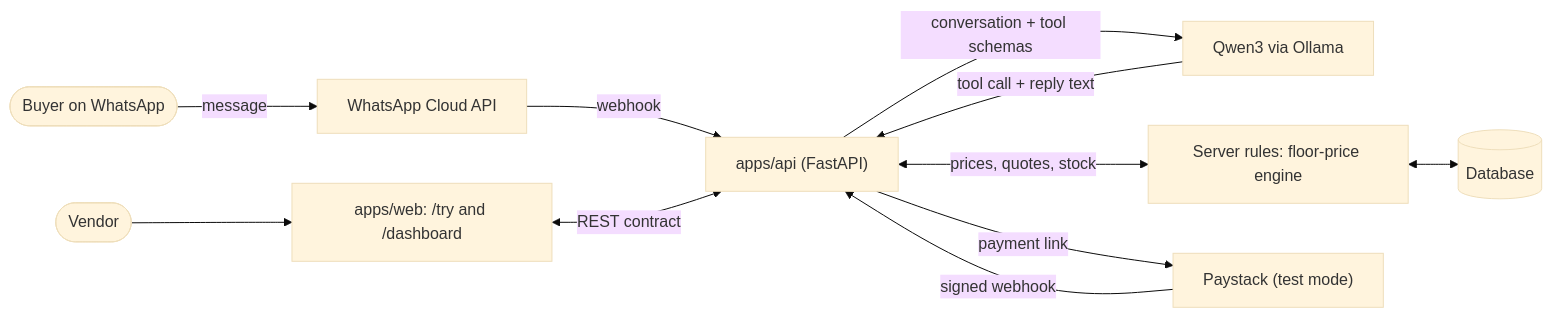
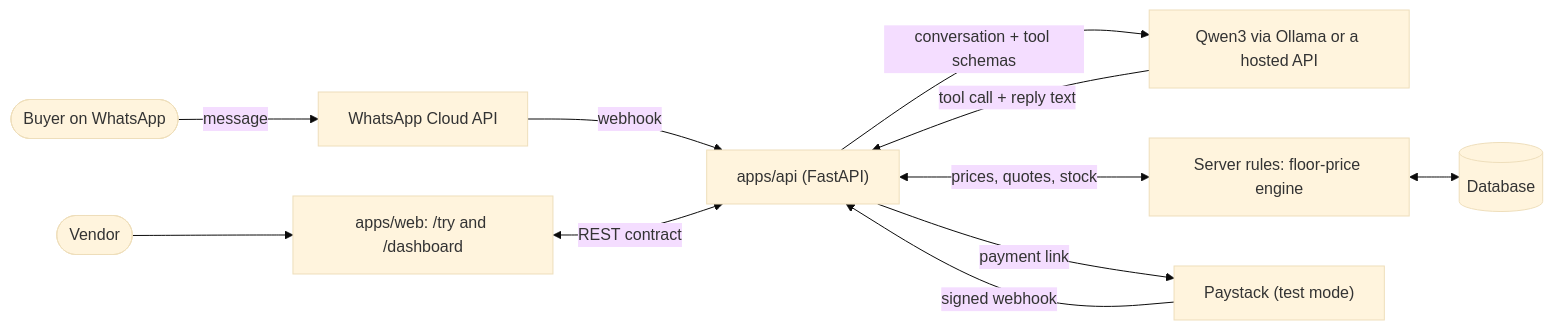
The diagram in README.md (adeyanjufuhad/sowo), drawn with Mermaid (base theme) before and after one commit. The commit also changed other lines of this file and 4 other files, not shown here.

Commit message:
api: tests and docs for hosted Qwen3; payouts are out of scope

````diff
--- a/README.md
+++ b/README.md
@@ -114,13 +114,13 @@
 ```mermaid
 flowchart LR
     buyer(["Buyer on WhatsApp"]) -->|message| wa["WhatsApp Cloud API"]
     wa -->|webhook| api["apps/api (FastAPI)"]
-    api -->|"conversation + tool schemas"| llm["Qwen3 via Ollama"]
+    api -->|"conversation + tool schemas"| llm["Qwen3 via Ollama or a hosted API"]
     llm -->|"tool call + reply text"| api
     api <-->|"prices, quotes, stock"| rules["Server rules: floor-price engine"]
     rules <--> db[("Database")]
     api -->|"payment link"| ps["Paystack (test mode)"]
     ps -->|"signed webhook"| api
     vendor(["Vendor"]) --> web["apps/web: /try and /dashboard"]
     web <-->|"REST contract"| api
 ```
````
